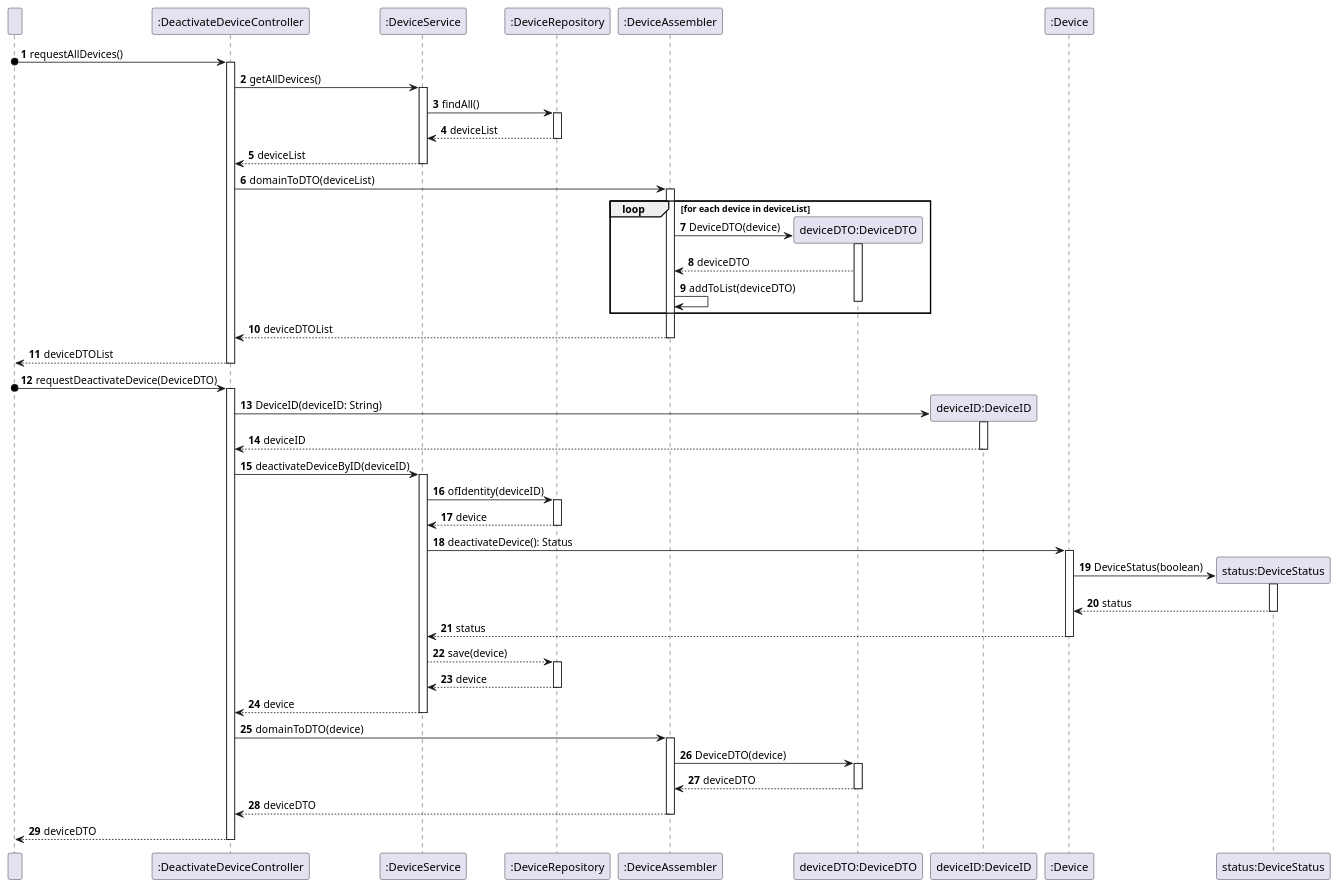
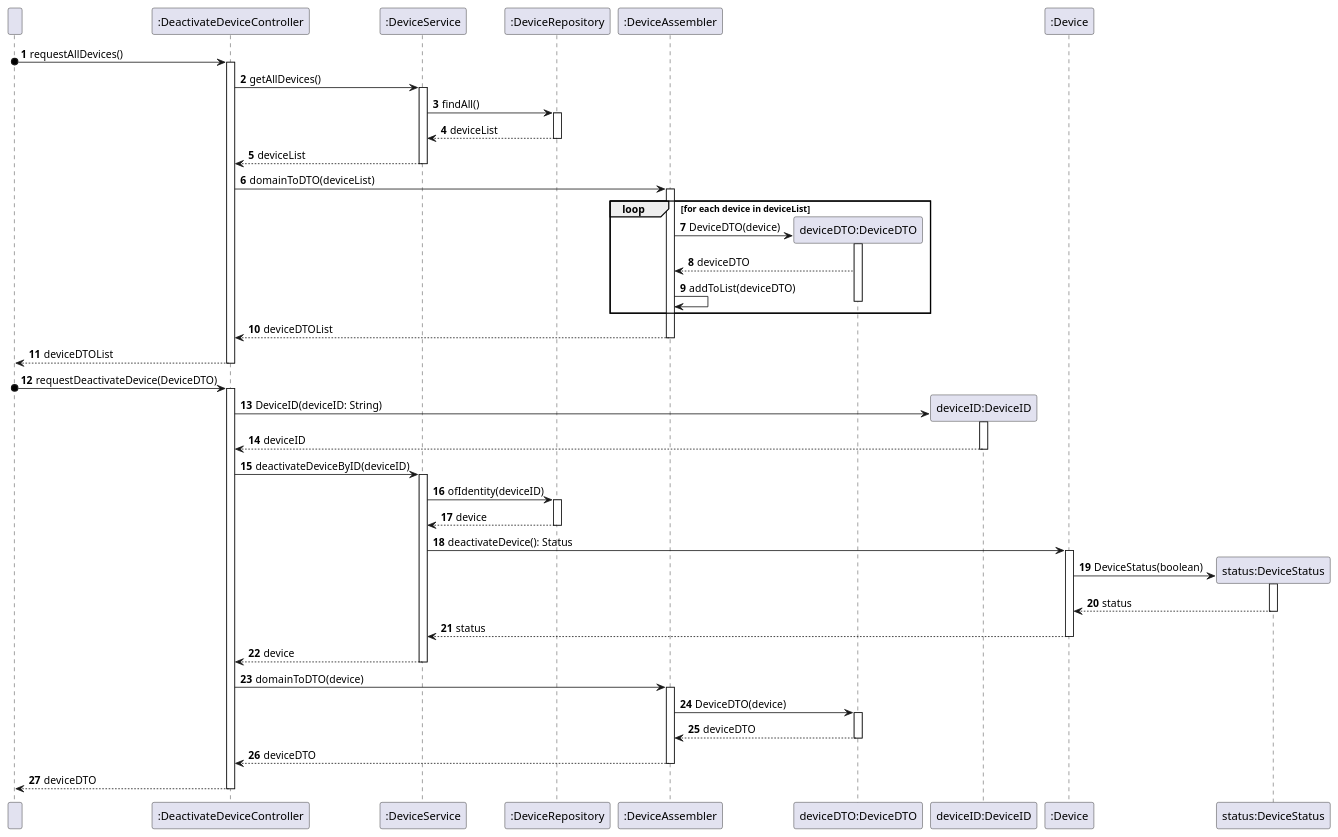
Before and after one commit to olivDiogo/SmartHome: the diagram in docs/userStories/us08/artifacts/US08SD.puml, drawn with PlantUML.

Commit message:
fix: update US08 SD;
delete save(device) method.

closes #110

```diff
--- a/docs/userStories/us08/artifacts/US08SD.puml
+++ b/docs/userStories/us08/artifacts/US08SD.puml
@@ -1,85 +1,81 @@
 @startuml
 'https://plantuml.com/sequence-diagram
 
 autonumber
 
     participant " " as User
     participant ":DeactivateDeviceController" as Controller
     participant ":DeviceService" as Service
     participant ":DeviceRepository" as Repository
     participant ":DeviceAssembler" as Assembler
     participant "deviceDTO:DeviceDTO" as DTO
     participant "deviceID:DeviceID" as DeviceID
     participant ":Device" as Device
     participant "status:DeviceStatus" as Status
 
 ' Request all devices
 
     User o-> Controller: requestAllDevices()
     activate Controller
     Controller -> Service: getAllDevices()
     activate Service
     Service -> Repository: findAll()
     activate Repository
     Repository --> Service: deviceList
     deactivate Repository
     Service --> Controller: deviceList
     deactivate Service
 
     Controller -> Assembler: domainToDTO(deviceList)
     activate Assembler
     loop for each device in deviceList
         create DTO
         Assembler -> DTO: DeviceDTO(device)
         activate DTO
         DTO --> Assembler: deviceDTO
         Assembler -> Assembler: addToList(deviceDTO)
         deactivate DTO
     end
     Assembler --> Controller: deviceDTOList
     deactivate Assembler
     Controller --> User: deviceDTOList
     deactivate Controller
 
 ' Deactivate device
 
     User o-> Controller: requestDeactivateDevice(DeviceDTO)
     activate Controller
     create DeviceID
     Controller -> DeviceID: DeviceID(deviceID: String)
     activate DeviceID
     DeviceID --> Controller: deviceID
     deactivate DeviceID
     Controller -> Service: deactivateDeviceByID(deviceID)
     activate Service
     Service -> Repository: ofIdentity(deviceID)
     activate Repository
     Repository --> Service: device
     deactivate Repository
     Service -> Device: deactivateDevice(): Status
     activate Device
     create Status
     Device -> Status: DeviceStatus(boolean)
     activate Status
     Status --> Device: status
     deactivate Status
     Device --> Service: status
     deactivate Device
-    Service --> Repository: save(device)
-    activate Repository
-    Repository --> Service: device
-    deactivate Repository
     Service --> Controller: device
     deactivate Service
     Controller-> Assembler: domainToDTO(device)
     activate Assembler
     Assembler -> DTO: DeviceDTO(device)
     activate DTO
     DTO --> Assembler: deviceDTO
     deactivate DTO
     Assembler --> Controller: deviceDTO
     deactivate Assembler
     Controller --> User: deviceDTO
     deactivate Controller
 
 @enduml
```
